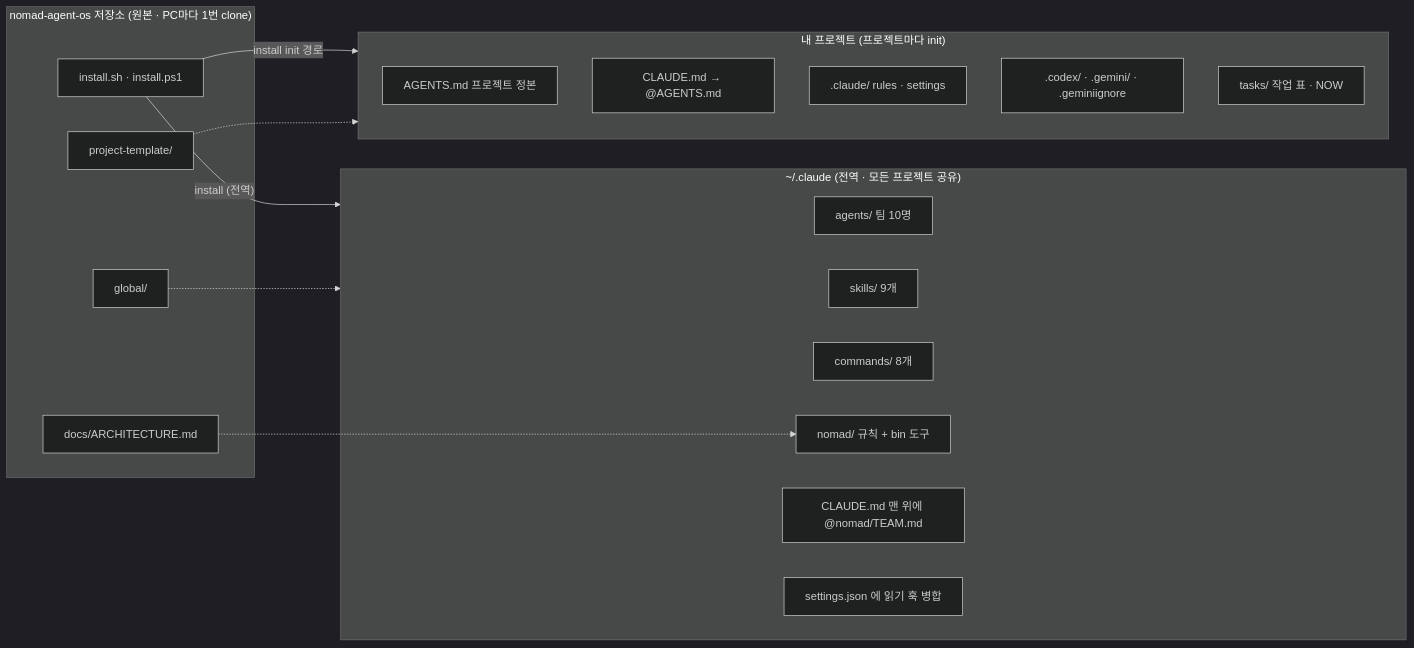
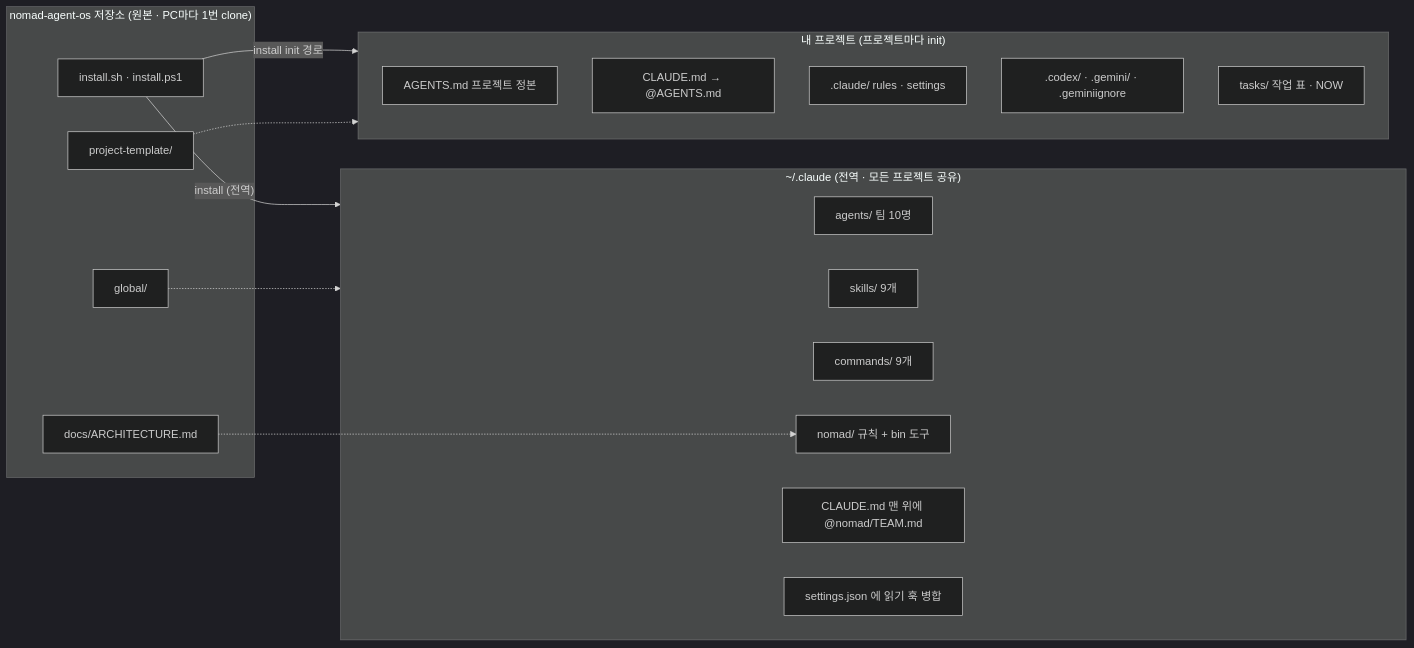
Before and after one commit to DevOps0906/nomad-agent-os: the second of 3 diagrams in docs/REFERENCE.md, drawn with Mermaid (dark theme). The commit also changed other lines of this file and 3 other files, not shown here.

````diff
--- a/docs/REFERENCE.md
+++ b/docs/REFERENCE.md
@@ -103,29 +105,29 @@
 ```mermaid
 flowchart LR
   subgraph REPO["nomad-agent-os 저장소 (원본 · PC마다 1번 clone)"]
     INST["install.sh · install.ps1"]
     G["global/"]
     PT["project-template/"]
     DOC["docs/ARCHITECTURE.md"]
   end
   subgraph HOME["~/.claude (전역 · 모든 프로젝트 공유)"]
     HA["agents/ 팀 10명"]
     HS["skills/ 9개"]
-    HC["commands/ 8개"]
+    HC["commands/ 9개"]
     HN["nomad/ 규칙 + bin 도구"]
     HM["CLAUDE.md 맨 위에 @nomad/TEAM.md"]
     HJ["settings.json 에 읽기 훅 병합"]
   end
   subgraph PROJ["내 프로젝트 (프로젝트마다 init)"]
     PA["AGENTS.md 프로젝트 정본"]
     PC["CLAUDE.md → @AGENTS.md"]
     PR[".claude/ rules · settings"]
     PX[".codex/ · .gemini/ · .geminiignore"]
     PK["tasks/ 작업 표 · NOW"]
   end
   INST -- "install (전역)" --> HOME
   G -.-> HOME
   DOC -.-> HN
   INST -- "install init 경로" --> PROJ
   PT -.-> PROJ
 ```
````
